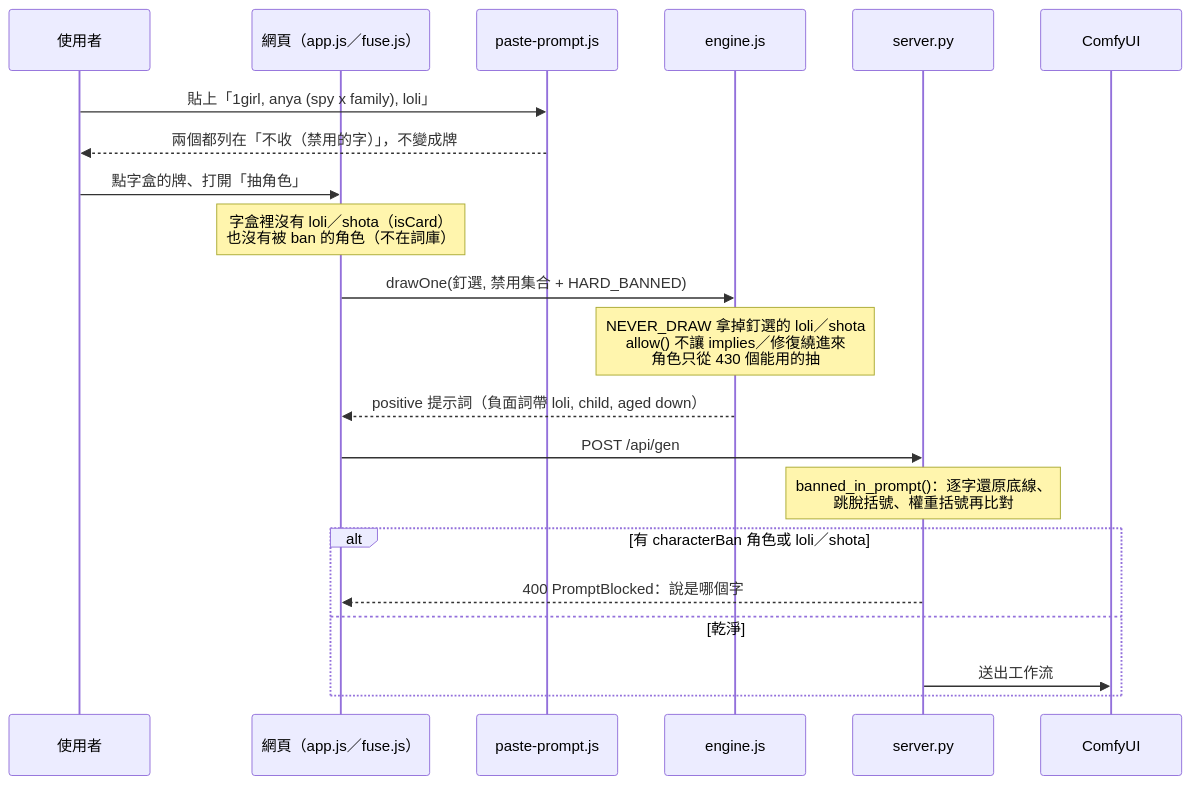
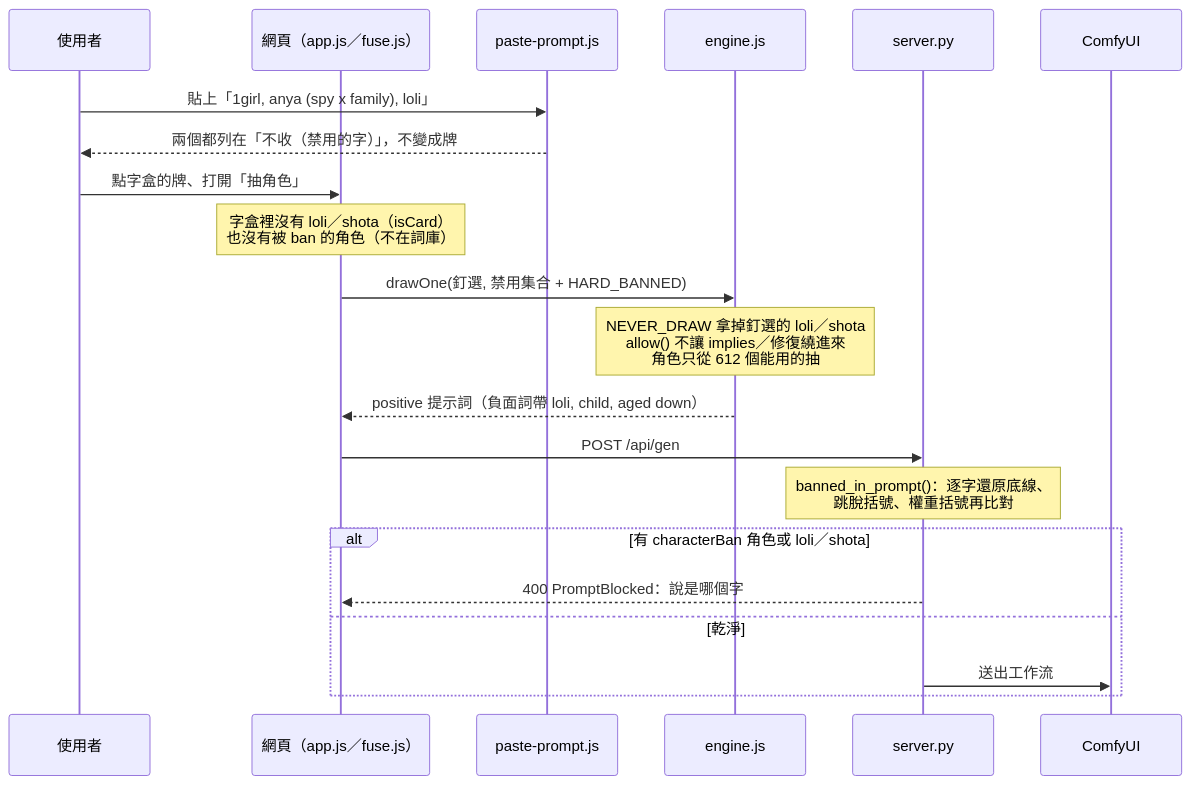
The second of 2 diagrams in 未成年規範.md (bosen12/danbooru_tag_random), drawn with Mermaid before and after one commit. The commit also changed other lines of this file and 7 other files, not shown here.

````diff
--- a/未成年規範.md
+++ b/未成年規範.md
@@ -77,24 +77,24 @@
 ```mermaid
 sequenceDiagram
   participant U as 使用者
   participant W as 網頁（app.js／fuse.js）
   participant P as paste-prompt.js
   participant E as engine.js
   participant S as server.py
   participant C as ComfyUI
 
   U->>P: 貼上「1girl, anya (spy x family), loli」
   P-->>U: 兩個都列在「不收（禁用的字）」，不變成牌
   U->>W: 點字盒的牌、打開「抽角色」
   Note over W: 字盒裡沒有 loli／shota（isCard）<br/>也沒有被 ban 的角色（不在詞庫）
   W->>E: drawOne(釘選, 禁用集合 + HARD_BANNED)
-  Note over E: NEVER_DRAW 拿掉釘選的 loli／shota<br/>allow() 不讓 implies／修復繞進來<br/>角色只從 430 個能用的抽
+  Note over E: NEVER_DRAW 拿掉釘選的 loli／shota<br/>allow() 不讓 implies／修復繞進來<br/>角色只從 612 個能用的抽
   E-->>W: positive 提示詞（負面詞帶 loli, child, aged down）
   W->>S: POST /api/gen
   Note over S: banned_in_prompt()：逐字還原底線、<br/>跳脫括號、權重括號再比對
   alt 有 characterBan 角色或 loli／shota
     S-->>W: 400 PromptBlocked：說是哪個字
   else 乾淨
     S->>C: 送出工作流
   end
 ```
````
